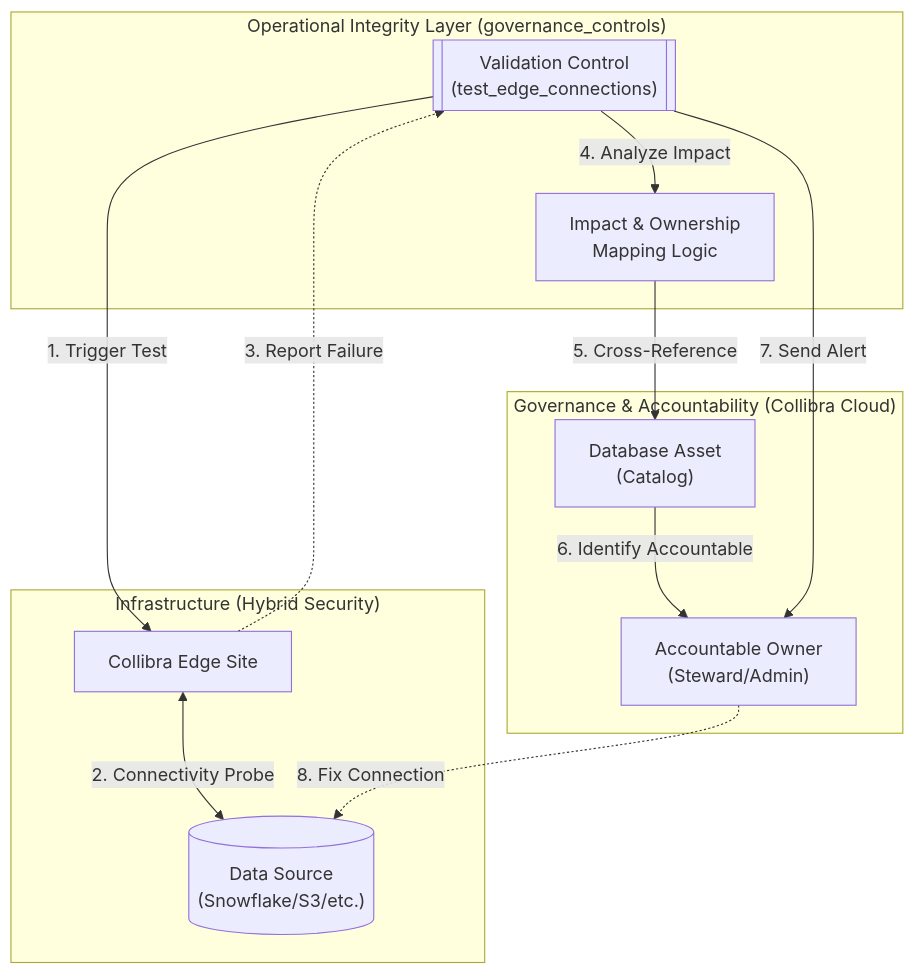
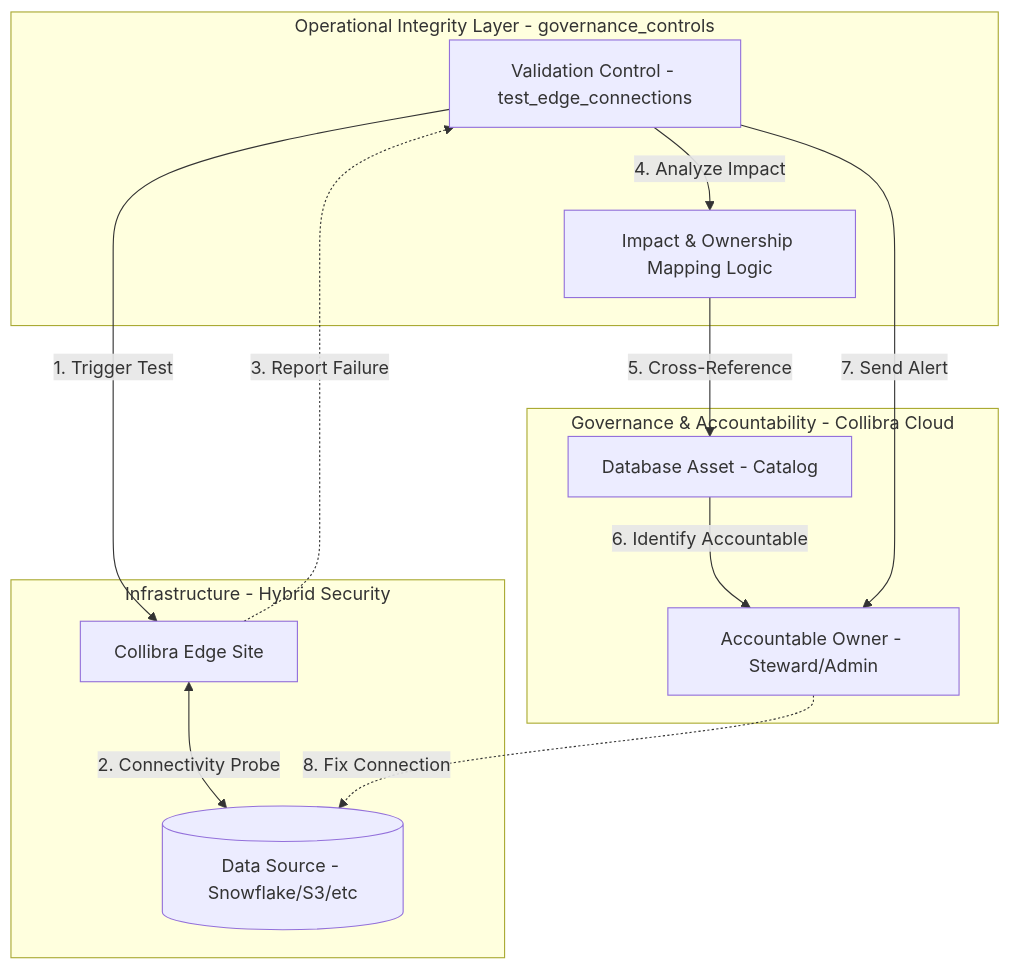
The diagram in Test Connections - Database - Collibra/governance_controls/test_edge_connections/README.md (arnauudG/Collibra-Repository---Automations), drawn with Mermaid before and after one commit. The commit also changed other lines of this file and 3 other files, not shown here.

First line of the commit message:
fix mermaid diagrams and finalize documentation for production

````diff
--- a/Test Connections - Database - Collibra/governance_controls/test_edge_connections/README.md
+++ b/Test Connections - Database - Collibra/governance_controls/test_edge_connections/README.md
@@ -34,27 +45,26 @@
 ```mermaid
 graph TD
-    subgraph "Governance & Accountability (Collibra Cloud)"
-        Asset["Database Asset<br/>(Catalog)"]
-        Owner["Accountable Owner<br/>(Steward/Admin)"]
+    subgraph Cloud["Governance & Accountability - Collibra Cloud"]
+        Asset[Database Asset - Catalog]
+        Owner[Accountable Owner - Steward/Admin]
     end
 
-    subgraph "Operational Integrity Layer (governance_controls)"
-        Control[["Validation Control<br/>(test_edge_connections)"]]
-        Logic["Impact & Ownership<br/>Mapping Logic"]
+    subgraph Controls["Operational Integrity Layer - governance_controls"]
+        Control[Validation Control - test_edge_connections]
+        Logic[Impact & Ownership Mapping Logic]
     end
 
-    subgraph "Infrastructure (Hybrid Security)"
-        Edge["Collibra Edge Site"]
-        Source[("Data Source<br/>(Snowflake/S3/etc.)")]
+    subgraph Infra["Infrastructure - Hybrid Security"]
+        Edge[Collibra Edge Site]
+        Source[(Data Source - Snowflake/S3/etc)]
     end
 
-    %% The Flow of Purpose
     Control -->|1. Trigger Test| Edge
     Edge <-->|2. Connectivity Probe| Source
     Edge -.->|3. Report Failure| Control
     Control -->|4. Analyze Impact| Logic
     Logic -->|5. Cross-Reference| Asset
     Asset -->|6. Identify Accountable| Owner
     Control -->|7. Send Alert| Owner
     Owner -.->|8. Fix Connection| Source
 ```
````
